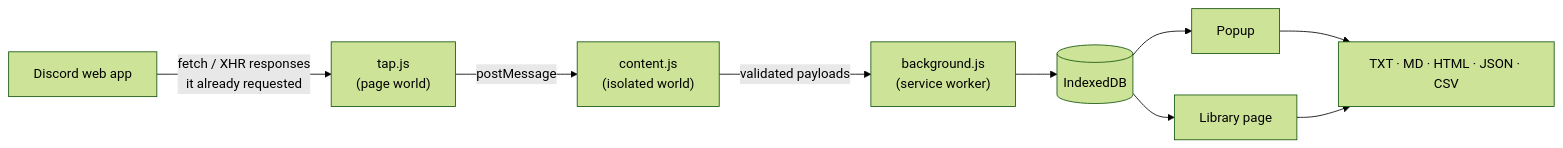
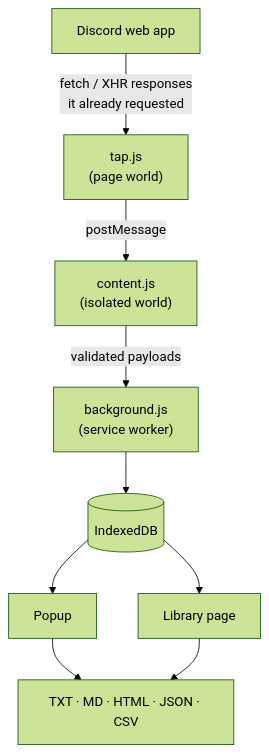
One commit to crrapi/scrollback changed the diagram in README.md. Above: the diagram before and after it, drawn with Mermaid (forest theme).

Commit message:
Draw the architecture diagram top to bottom

````diff
--- a/README.md
+++ b/README.md
@@ -79,10 +79,10 @@
 ```mermaid
-flowchart LR
+flowchart TB
   D[Discord web app] -- "fetch / XHR responses<br/>it already requested" --> T["tap.js<br/>(page world)"]
   T -- postMessage --> C["content.js<br/>(isolated world)"]
   C -- validated payloads --> B["background.js<br/>(service worker)"]
   B --> DB[(IndexedDB)]
   DB --> P[Popup]
   DB --> L[Library page]
   P & L --> F[TXT · MD · HTML · JSON · CSV]
 ```
````
